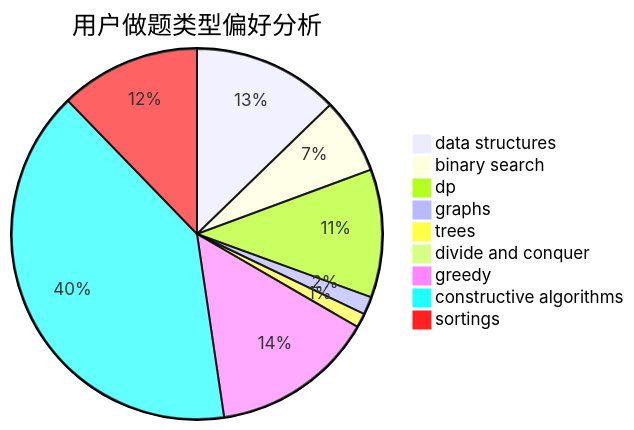
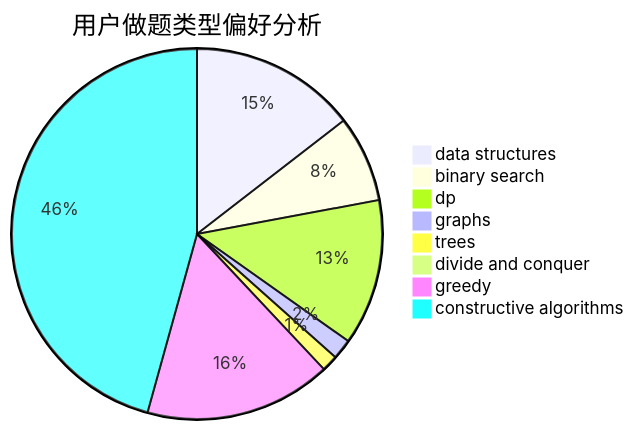
The second of 3 diagrams in docs/user/u873.md (sherpahu/cfrs.github.io), drawn with Mermaid before and after one commit. The commit also changed other lines of this file and 2769 other files, not shown here.

````diff
--- a/docs/user/u873.md
+++ b/docs/user/u873.md
@@ -18,12 +18,11 @@
 ```mermaid
 pie title 用户做题类型偏好分析
     "data structures" :  204
     "binary search" :  106
     "dp" :  179
     "graphs" :  25
     "trees" :  20
     "divide and conquer" :  0
     "greedy" :  229
     "constructive algorithms" :  642
-    "sortings" :  196
 ```
````
